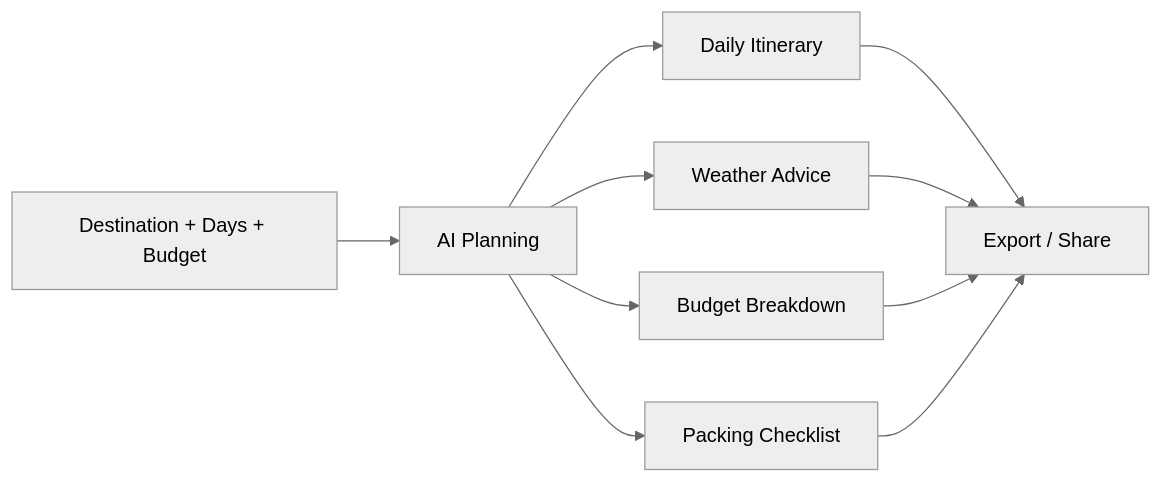
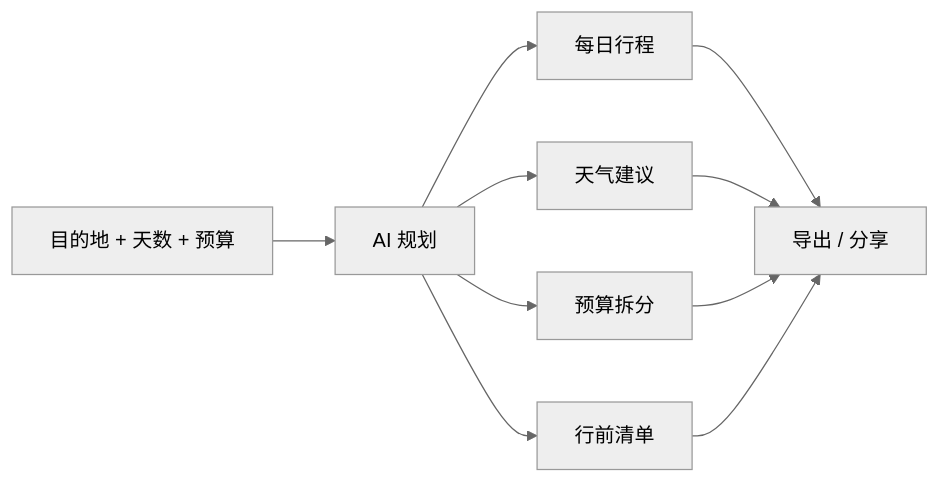
The diagram in README.md (Dream22180971/VoyageAI), drawn with Mermaid (neutral theme) before and after one commit. The commit also changed other lines of this file and 4 other files, not shown here.

````diff
--- a/README.md
+++ b/README.md
@@ -77,12 +77,12 @@
 ```mermaid
 flowchart LR
-    A[Destination + Days + Budget] --> B[AI Planning]
-    B --> C[Daily Itinerary]
-    B --> D[Weather Advice]
-    B --> E[Budget Breakdown]
-    B --> F[Packing Checklist]
-    C --> G[Export / Share]
+    A[目的地 + 天数 + 预算] --> B[AI 规划]
+    B --> C[每日行程]
+    B --> D[天气建议]
+    B --> E[预算拆分]
+    B --> F[行前清单]
+    C --> G[导出 / 分享]
     D --> G
     E --> G
     F --> G
 ```
````
